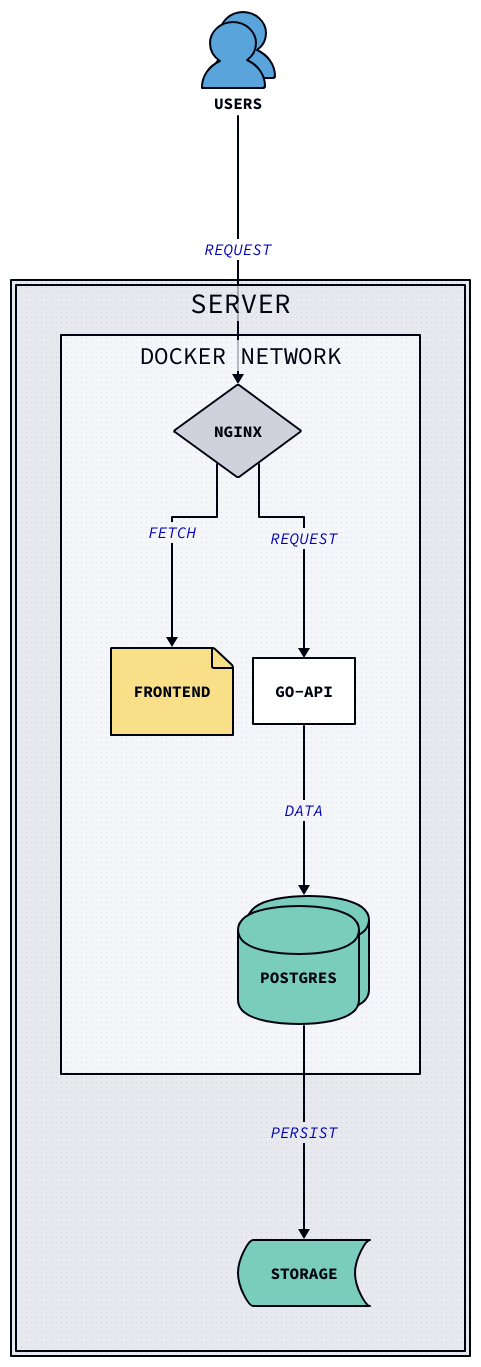
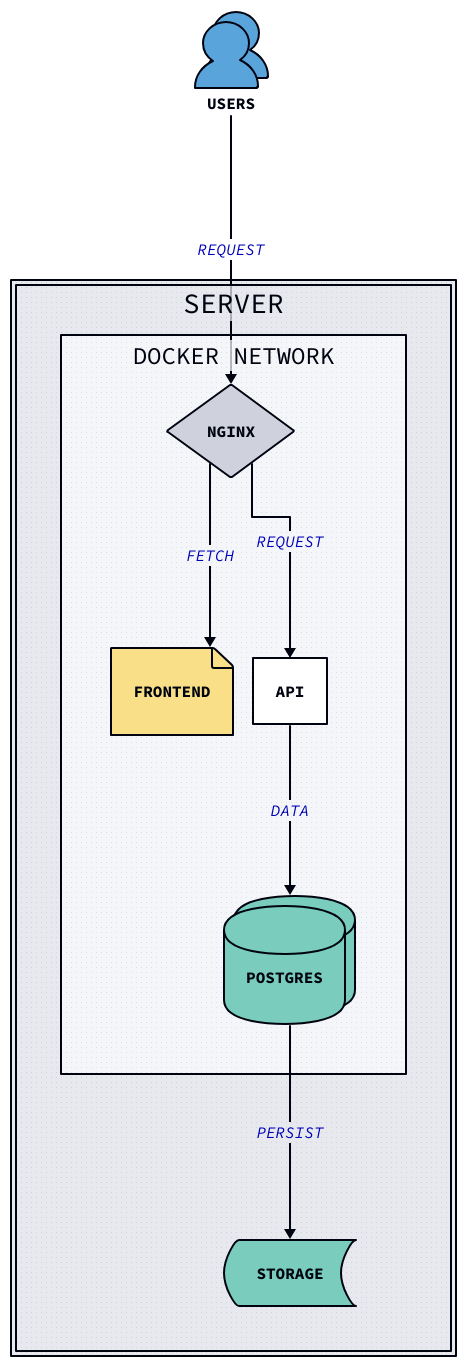
The diagram in plan.d2 (jakesmith-101/psychic-waffle), drawn with D2 before and after one commit.

Commit message:
api, no special options

```diff
--- a/plan.d2
+++ b/plan.d2
@@ -1,41 +1,40 @@
 vars: {
   d2-config: {
     layout-engine: elk
     # Terminal theme code
     theme-id: 300
   }
 }
 
 users: {
   shape: person
   style.multiple: true
 }
 
 server: {
   docker network: {
     nginx: {
       shape: diamond
     }
     frontend: {
       shape: page
     }
-    go-api
 
     postgres: {
       shape: cylinder
       style.multiple: true
     }
 
-    nginx -> go-api: request
+    nginx -> api: request
     nginx -> frontend: fetch
-    go-api -> postgres: data
+    api -> postgres: data
   }
 
   storage: {
     shape: stored_data
   }
 
   docker network.postgres -> storage: persist
 }
 
 users -> server.docker network.nginx: request
```
